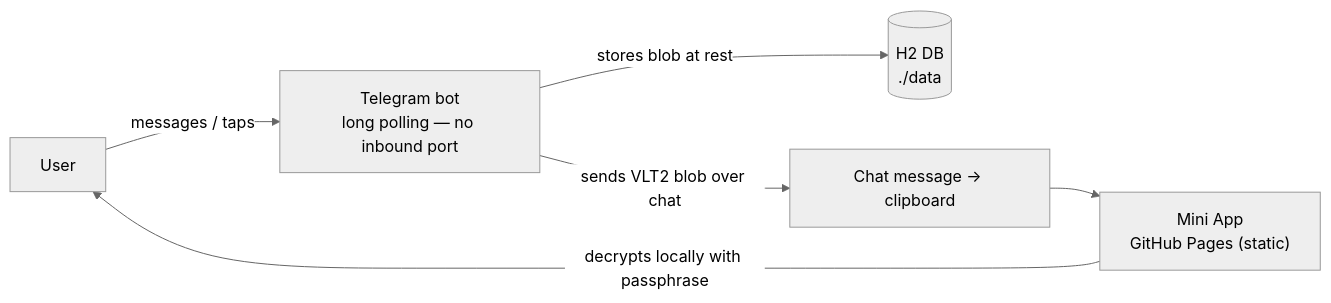
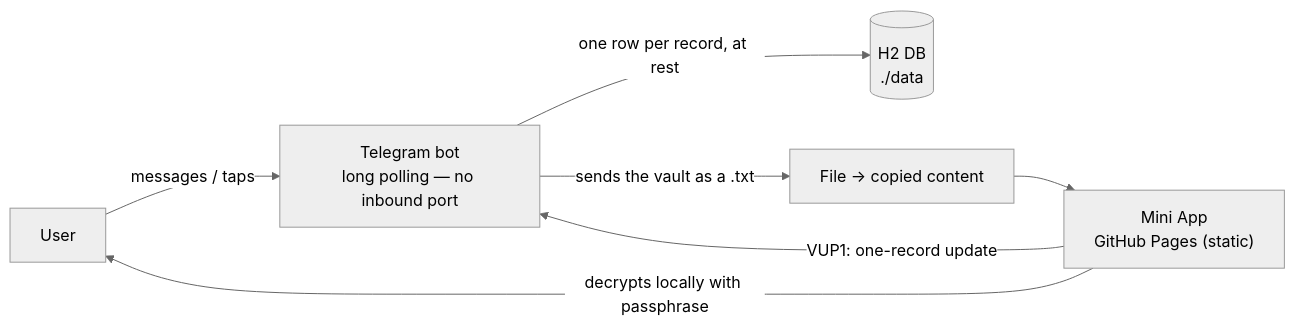
The diagram in README.md (BogdanGrigorian/botwheel), drawn with Mermaid (neutral theme) before and after one commit. The commit also changed other lines of this file and 14 other files, not shown here.

First line of the commit message:
Store one encrypted record per DB row

````diff
--- a/README.md
+++ b/README.md
@@ -10,8 +10,9 @@
 ```mermaid
 flowchart LR
   U[User] -->|messages / taps| BOT["Telegram bot<br/>long polling — no inbound port"]
-  BOT -->|stores blob at rest| DB[("H2 DB<br/>./data")]
-  BOT -->|sends VLT2 blob over chat| CHAT["Chat message → clipboard"]
+  BOT -->|one row per record, at rest| DB[("H2 DB<br/>./data")]
+  BOT -->|sends the vault as a .txt| CHAT["File → copied content"]
   CHAT --> APP["Mini App<br/>GitHub Pages (static)"]
   APP -->|decrypts locally with passphrase| U
+  APP -->|VUP1: one-record update| BOT
 ```
````
